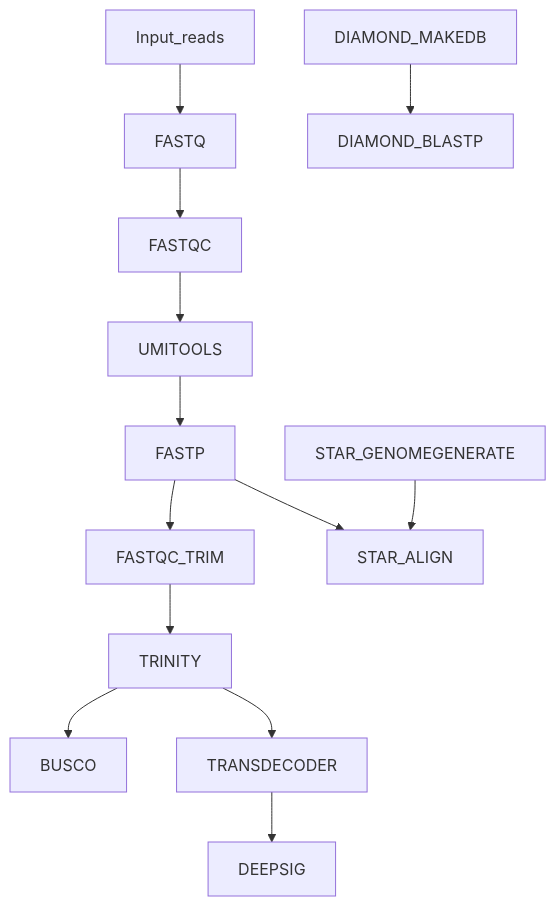
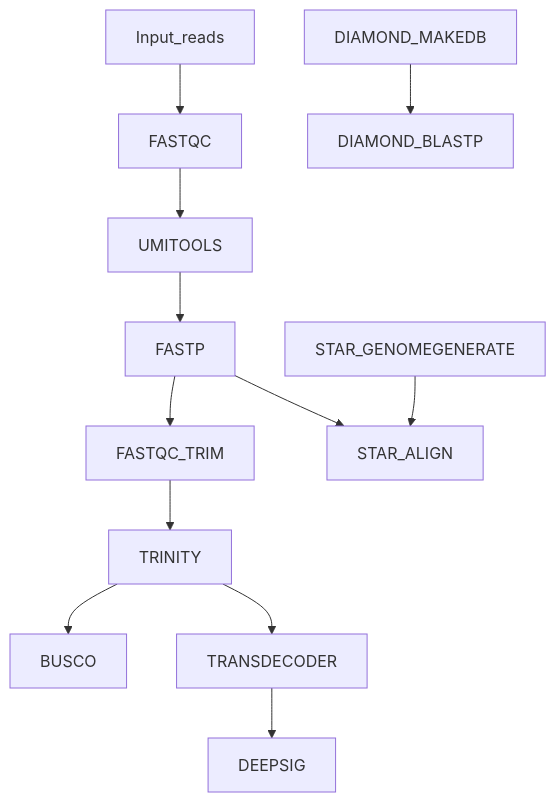
One commit to EPegueroS/transcriptassembler changed the diagram in README.md. Above: the diagram before and after it, drawn with Mermaid.

Commit message:
improved diagram

````diff
--- a/README.md
+++ b/README.md
@@ -22,15 +22,14 @@
 ```mermaid
 graph TD;
-    Input_reads-->FASTQ;
-    FASTQ-->FASTQC;
+    Input_reads-->FASTQC;
     FASTQC-->UMITOOLS;
     UMITOOLS-->FASTP;
     FASTP-->FASTQC_TRIM;
     FASTQC_TRIM-->TRINITY;
     TRINITY-->BUSCO;
     TRINITY-->TRANSDECODER;
     TRANSDECODER-->DEEPSIG;
     DIAMOND_MAKEDB-->DIAMOND_BLASTP;
     STAR_GENOMEGENERATE-->STAR_ALIGN;
     FASTP-->STAR_ALIGN;
 ```
````
